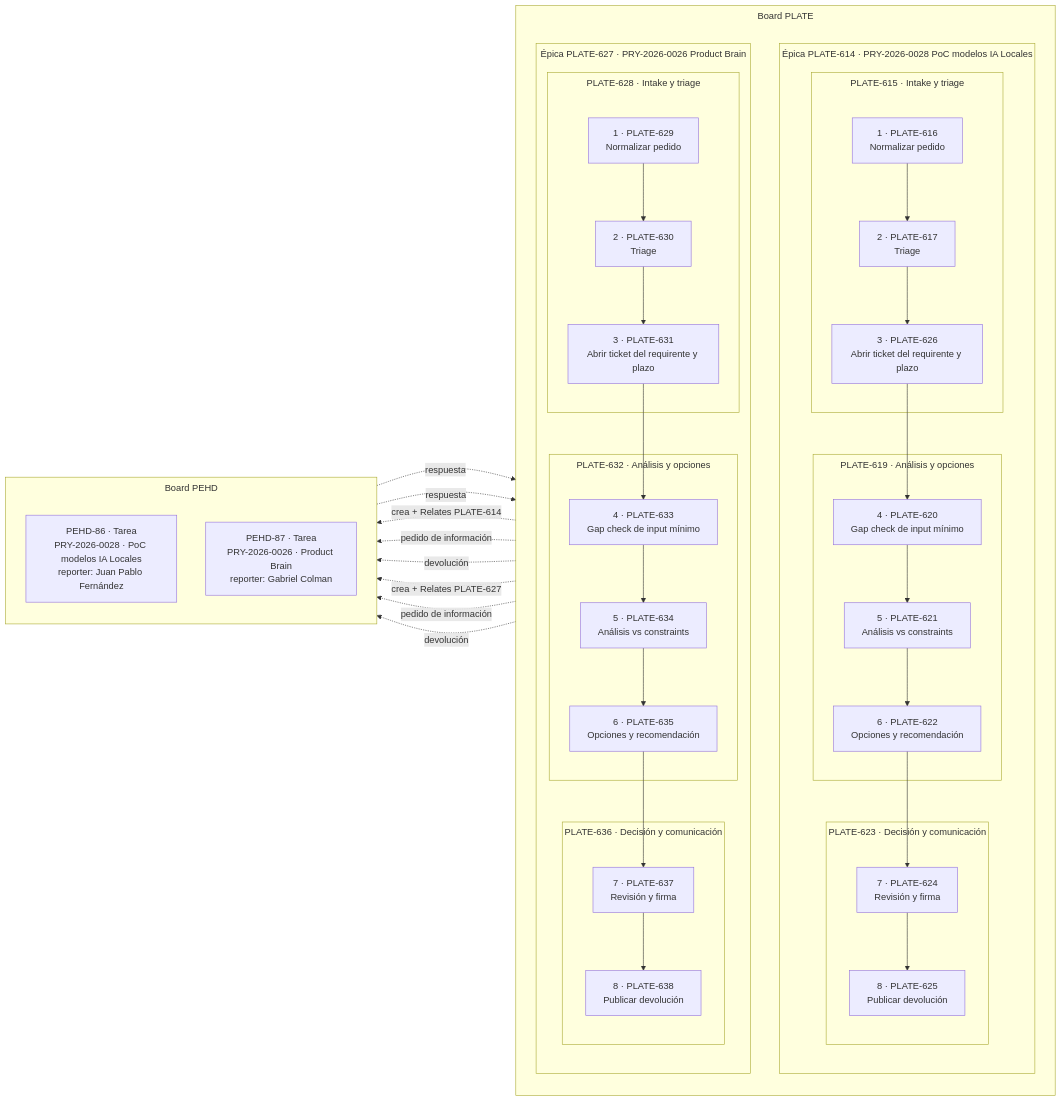
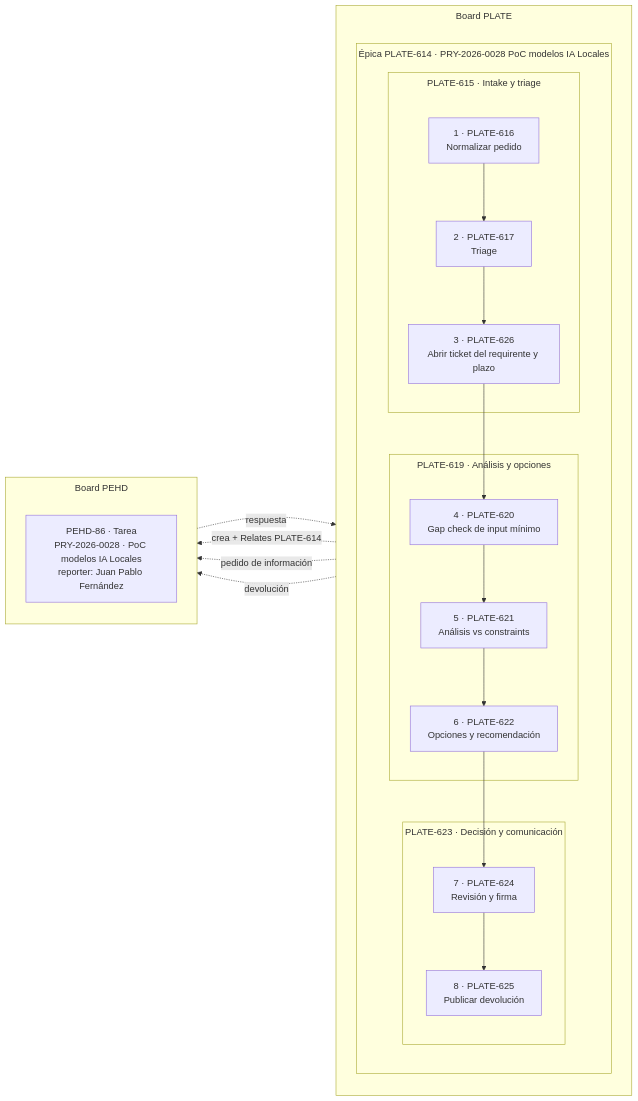
One commit to josefigueredo/arq-review changed the first of 2 diagrams in docs/diagrams/jira-flujo.md. Above: the diagram before and after it, drawn with Mermaid. The commit also changed other lines of this file and 2 other files, not shown here.

Commit message:
docs: non-technical step-by-step presentation and diagrams focused on PRY-2026-0028

````diff
--- a/docs/diagrams/jira-flujo.md
+++ b/docs/diagrams/jira-flujo.md
@@ -14,59 +17,36 @@
 ```mermaid
 %%{init: {"flowchart": {"subGraphTitleMargin": {"top": 6, "bottom": 22}}}}%%
 flowchart LR
     subgraph PLATE["Board PLATE"]
         direction TB
         subgraph E28["Épica PLATE-614 · PRY-2026-0028 PoC modelos IA Locales"]
             direction TB
             subgraph S28a["PLATE-615 · Intake y triage"]
                 A1["1 · PLATE-616<br/>Normalizar pedido"]
                 A2["2 · PLATE-617<br/>Triage"]
                 A3["3 · PLATE-626<br/>Abrir ticket del requirente y plazo"]
             end
             subgraph S28b["PLATE-619 · Análisis y opciones"]
                 A4["4 · PLATE-620<br/>Gap check de input mínimo"]
                 A5["5 · PLATE-621<br/>Análisis vs constraints"]
                 A6["6 · PLATE-622<br/>Opciones y recomendación"]
             end
             subgraph S28c["PLATE-623 · Decisión y comunicación"]
                 A7["7 · PLATE-624<br/>Revisión y firma"]
                 A8["8 · PLATE-625<br/>Publicar devolución"]
             end
         end
-        subgraph E26["Épica PLATE-627 · PRY-2026-0026 Product Brain"]
-            direction TB
-            subgraph S26a["PLATE-628 · Intake y triage"]
-                B1["1 · PLATE-629<br/>Normalizar pedido"]
-                B2["2 · PLATE-630<br/>Triage"]
-                B3["3 · PLATE-631<br/>Abrir ticket del requirente y plazo"]
-            end
-            subgraph S26b["PLATE-632 · Análisis y opciones"]
-                B4["4 · PLATE-633<br/>Gap check de input mínimo"]
-                B5["5 · PLATE-634<br/>Análisis vs constraints"]
-                B6["6 · PLATE-635<br/>Opciones y recomendación"]
-            end
-            subgraph S26c["PLATE-636 · Decisión y comunicación"]
-                B7["7 · PLATE-637<br/>Revisión y firma"]
-                B8["8 · PLATE-638<br/>Publicar devolución"]
-            end
-        end
     end
 
     subgraph PEHD["Board PEHD"]
         direction TB
         T28["PEHD-86 · Tarea<br/>PRY-2026-0028 · PoC modelos IA Locales<br/>reporter: Juan Pablo Fernández"]
-        T26["PEHD-87 · Tarea<br/>PRY-2026-0026 · Product Brain<br/>reporter: Gabriel Colman"]
     end
 
     A1 --> A2 --> A3 --> A4 --> A5 --> A6 --> A7 --> A8
-    B1 --> B2 --> B3 --> B4 --> B5 --> B6 --> B7 --> B8
 
     A3 -. "crea + Relates PLATE-614" .-> T28
     A4 -. "pedido de información" .-> T28
     T28 -. "respuesta" .-> A4
     A8 -. "devolución" .-> T28
-    B3 -. "crea + Relates PLATE-627" .-> T26
-    B4 -. "pedido de información" .-> T26
-    T26 -. "respuesta" .-> B4
-    B8 -. "devolución" .-> T26
 ```
````
